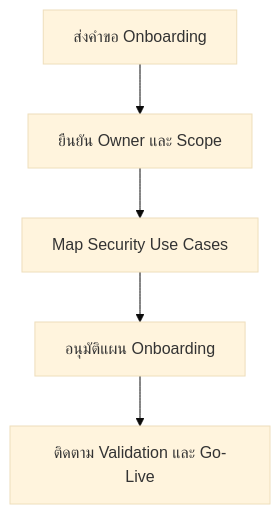
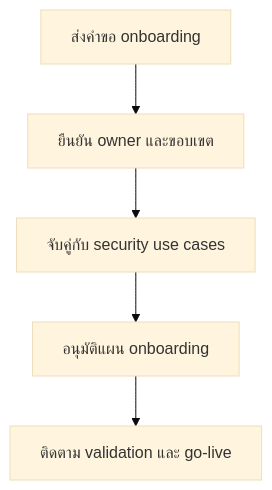
One commit to nutthakorn7/SOC-Standard-Operating-Procedures changed the diagram in 11_Reporting_Templates/Log_Source_Onboarding_Request.th.md. Above: the diagram before and after it, drawn with Mermaid (base theme). The commit also changed other lines of this file and 20 other files, not shown here.

````diff
--- a/11_Reporting_Templates/Log_Source_Onboarding_Request.th.md
+++ b/11_Reporting_Templates/Log_Source_Onboarding_Request.th.md
@@ -6,7 +6,7 @@
 ```mermaid
 graph TD
-    A["ส่งคำขอ Onboarding"] --> B["ยืนยัน Owner และ Scope"]
-    B --> C["Map Security Use Cases"]
-    C --> D["อนุมัติแผน Onboarding"]
-    D --> E["ติดตาม Validation และ Go-Live"]
+    A["ส่งคำขอ onboarding"] --> B["ยืนยัน owner และขอบเขต"]
+    B --> C["จับคู่กับ security use cases"]
+    C --> D["อนุมัติแผน onboarding"]
+    D --> E["ติดตาม validation และ go-live"]
 ```
````
